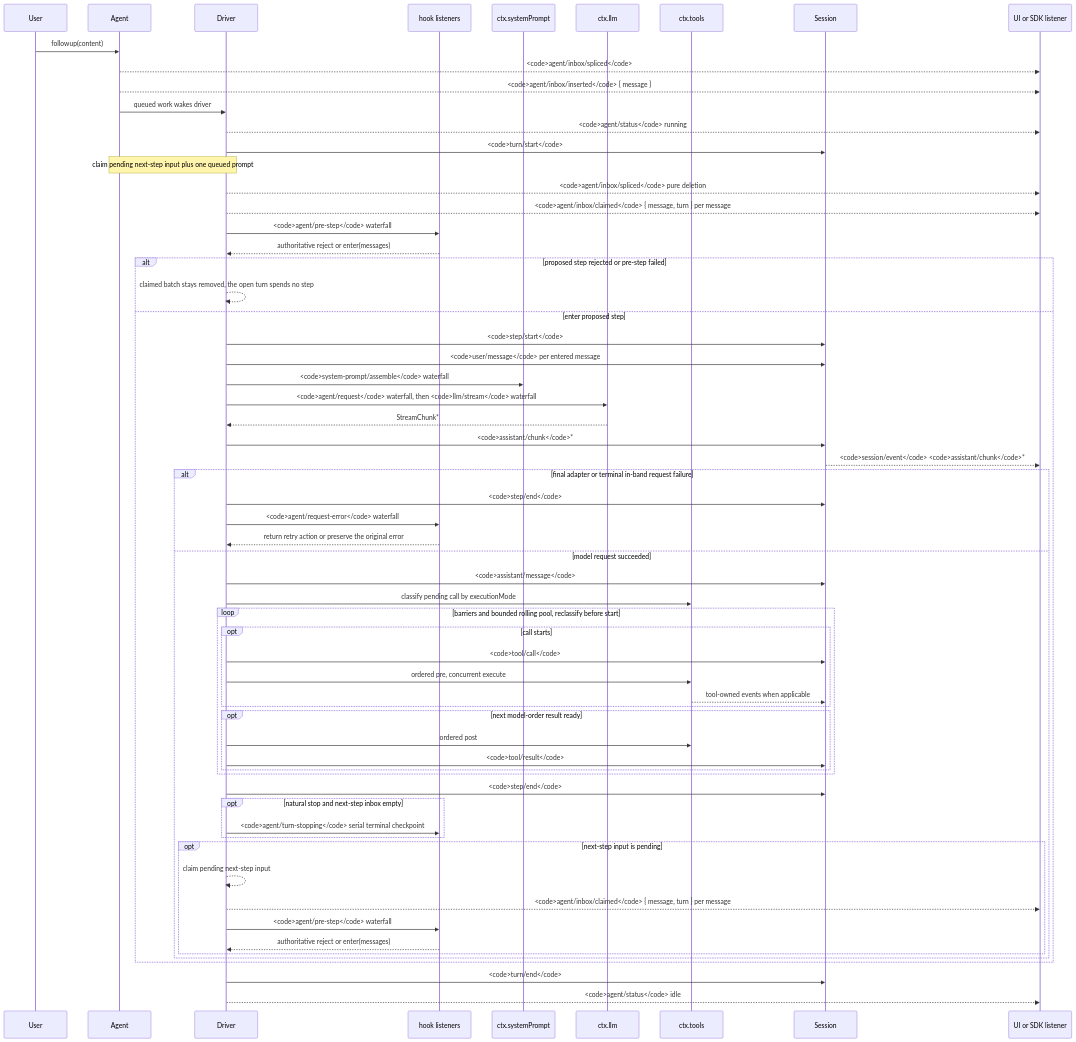
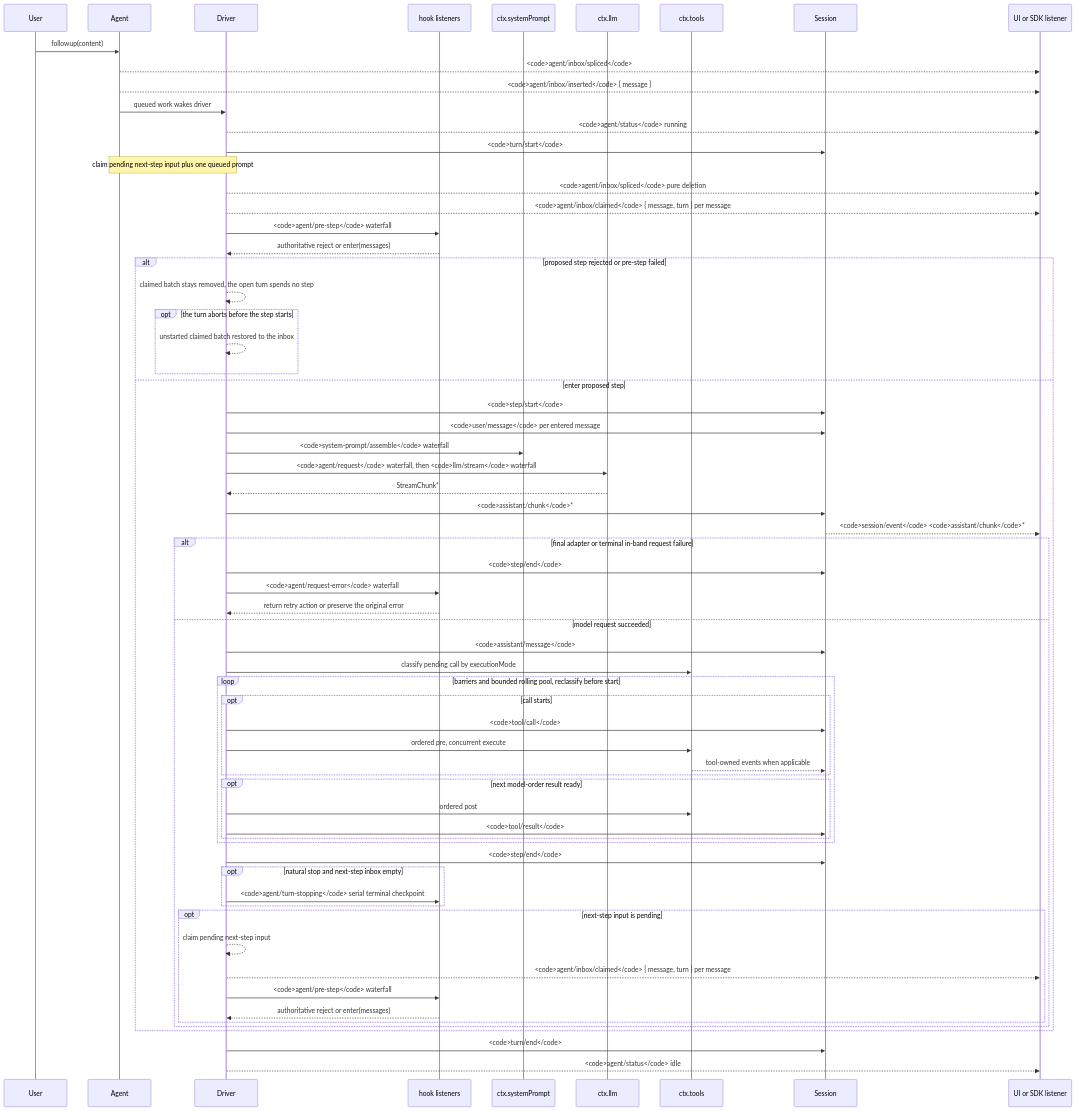
Before and after one commit to Abaddollyon/deepseek-harness: the diagram in docs/agent-lifecycle.zh.md, drawn with Mermaid. The commit also changed other lines of this file and 24 other files, not shown here.

First line of the commit message:
fix(agent-loop): restore claimed inbox messages on abort and keep pending inbox across teardown

````diff
--- a/docs/agent-lifecycle.zh.md
+++ b/docs/agent-lifecycle.zh.md
@@ -10,65 +10,68 @@
 ```mermaid
 sequenceDiagram
   participant User
   participant Agent
   participant Driver
   participant Hooks as hook listeners
   participant Prompt as ctx.systemPrompt
   participant LLM as ctx.llm
   participant Tools as ctx.tools
   participant Session
   participant SDK as UI or SDK listener
   User->>Agent: followup(content)
   Agent-->>SDK: <code>agent/inbox/spliced</code>
   Agent-->>SDK: <code>agent/inbox/inserted</code> { message }
   Agent->>Driver: queued work wakes driver
   Driver-->>SDK: <code>agent/status</code> running
   Driver->>Session: <code>turn/start</code>
   Note over Agent,Driver: claim pending next-step input plus one queued prompt
   Driver-->>SDK: <code>agent/inbox/spliced</code> pure deletion
   Driver-->>SDK: <code>agent/inbox/claimed</code> { message, turn } per message
   Driver->>Hooks: <code>agent/pre-step</code> waterfall
   Hooks-->>Driver: authoritative reject or enter(messages)
   alt proposed step rejected or pre-step failed
     Driver-->>Driver: claimed batch stays removed, the open turn spends no step
+    opt the turn aborts before the step starts
+      Driver-->>Driver: unstarted claimed batch restored to the inbox
+    end
   else enter proposed step
   Driver->>Session: <code>step/start</code>
   Driver->>Session: <code>user/message</code> per entered message
   Driver->>Prompt: <code>system-prompt/assemble</code> waterfall
   Driver->>LLM: <code>agent/request</code> waterfall, then <code>llm/stream</code> waterfall
   LLM-->>Driver: StreamChunk*
   Driver->>Session: <code>assistant/chunk</code>*
   Session-->>SDK: <code>session/event</code> <code>assistant/chunk</code>*
   alt final adapter or terminal in-band request failure
     Driver->>Session: <code>step/end</code>
     Driver->>Hooks: <code>agent/request-error</code> waterfall
     Hooks-->>Driver: return retry action or preserve the original error
   else model request succeeded
   Driver->>Session: <code>assistant/message</code>
   Driver->>Tools: classify pending call by executionMode
   loop barriers and bounded rolling pool, reclassify before start
     opt call starts
       Driver->>Session: <code>tool/call</code>
       Driver->>Tools: ordered pre, concurrent execute
       Tools-->>Session: tool-owned events when applicable
     end
     opt next model-order result ready
       Driver->>Tools: ordered post
       Driver->>Session: <code>tool/result</code>
     end
   end
   Driver->>Session: <code>step/end</code>
   opt natural stop and next-step inbox empty
     Driver->>Hooks: <code>agent/turn-stopping</code> serial terminal checkpoint
   end
   opt next-step input is pending
     Driver-->>Driver: claim pending next-step input
     Driver-->>SDK: <code>agent/inbox/claimed</code> { message, turn } per message
     Driver->>Hooks: <code>agent/pre-step</code> waterfall
     Hooks-->>Driver: authoritative reject or enter(messages)
   end
   end
   end
   Driver->>Session: <code>turn/end</code>
   Driver-->>SDK: <code>agent/status</code> idle
 ```
````
